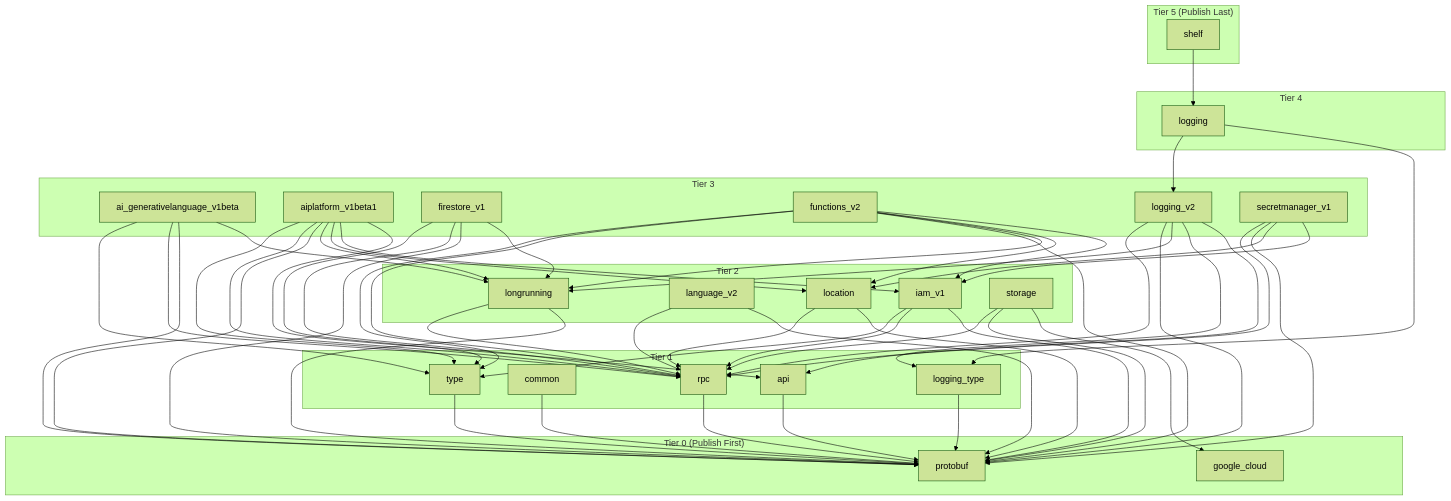
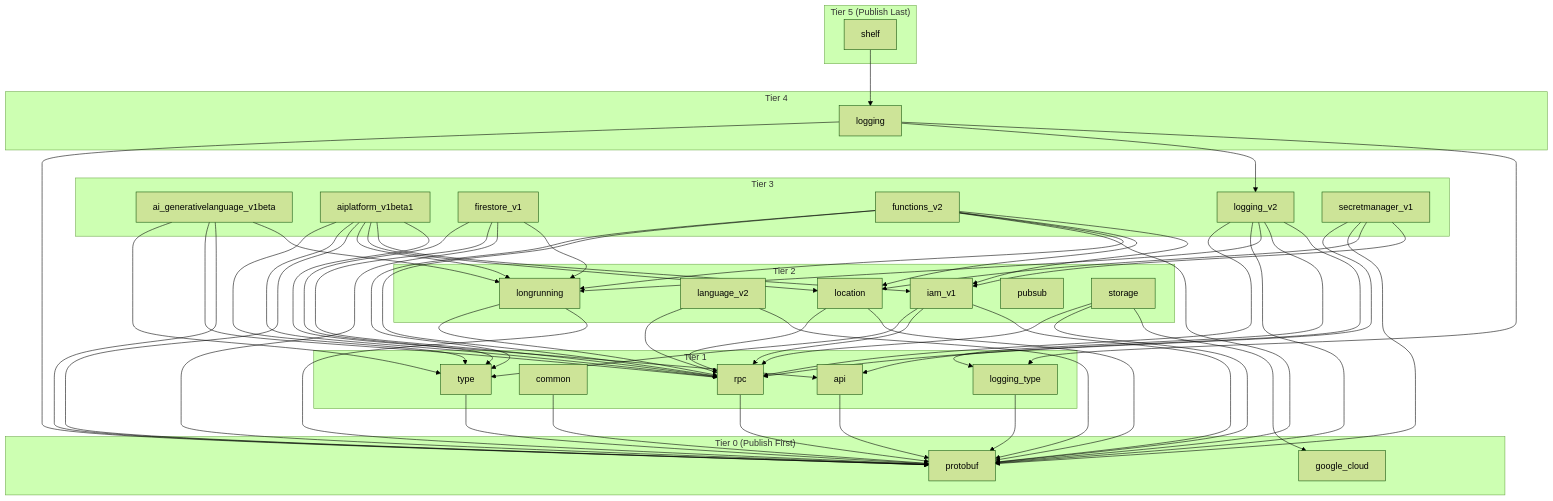
One commit to googleapis/google-cloud-dart changed the diagram in DEVELOPER_GUIDE.md. Above: the diagram before and after it, drawn with Mermaid (forest theme). The commit also changed 41 other files, not shown here.

First line of the commit message:
Add google_cloud_pubsub package with generated code and tools

```diff
--- a/DEVELOPER_GUIDE.md
+++ b/DEVELOPER_GUIDE.md
@@ -32,6 +32,7 @@
     google_cloud_language_v2["language_v2"]
     google_cloud_location["location"]
     google_cloud_longrunning["longrunning"]
+    google_cloud_pubsub["pubsub"]
     google_cloud_storage["storage"]
   end
 
@@ -84,6 +85,7 @@
   google_cloud_location --> google_cloud_rpc
   google_cloud_logging --> google_cloud_logging_type
   google_cloud_logging --> google_cloud_logging_v2
+  google_cloud_logging --> google_cloud_protobuf
   google_cloud_logging_type --> google_cloud_protobuf
   google_cloud_logging_v2 --> google_cloud_api
   google_cloud_logging_v2 --> google_cloud_logging_type
@@ -92,6 +94,7 @@
   google_cloud_logging_v2 --> google_cloud_rpc
   google_cloud_longrunning --> google_cloud_protobuf
   google_cloud_longrunning --> google_cloud_rpc
+
   google_cloud_rpc --> google_cloud_protobuf
   google_cloud_secretmanager_v1 --> google_cloud_iam_v1
   google_cloud_secretmanager_v1 --> google_cloud_location
```
